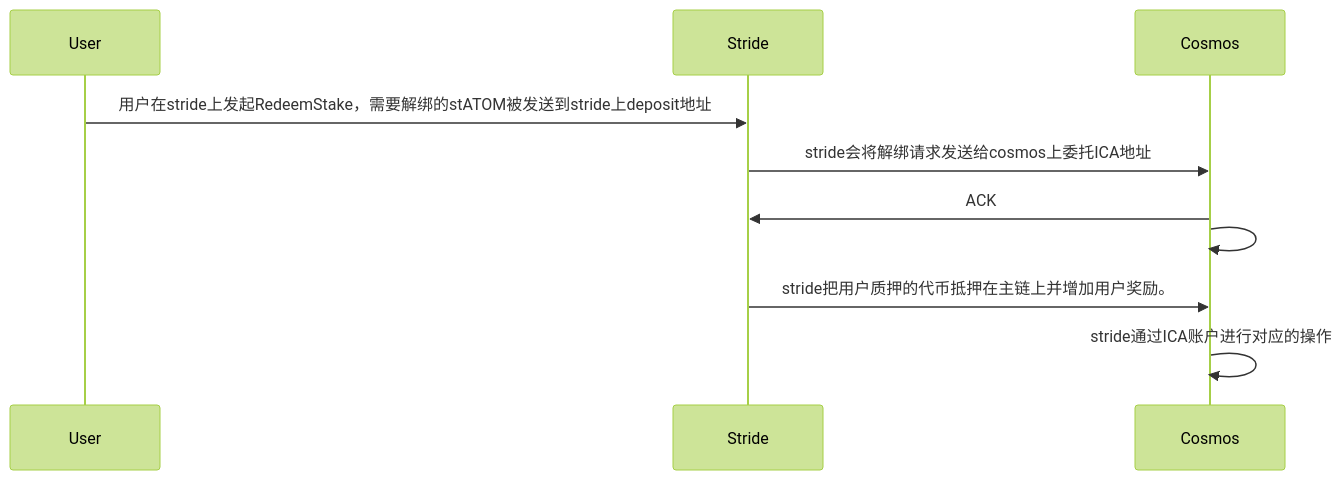
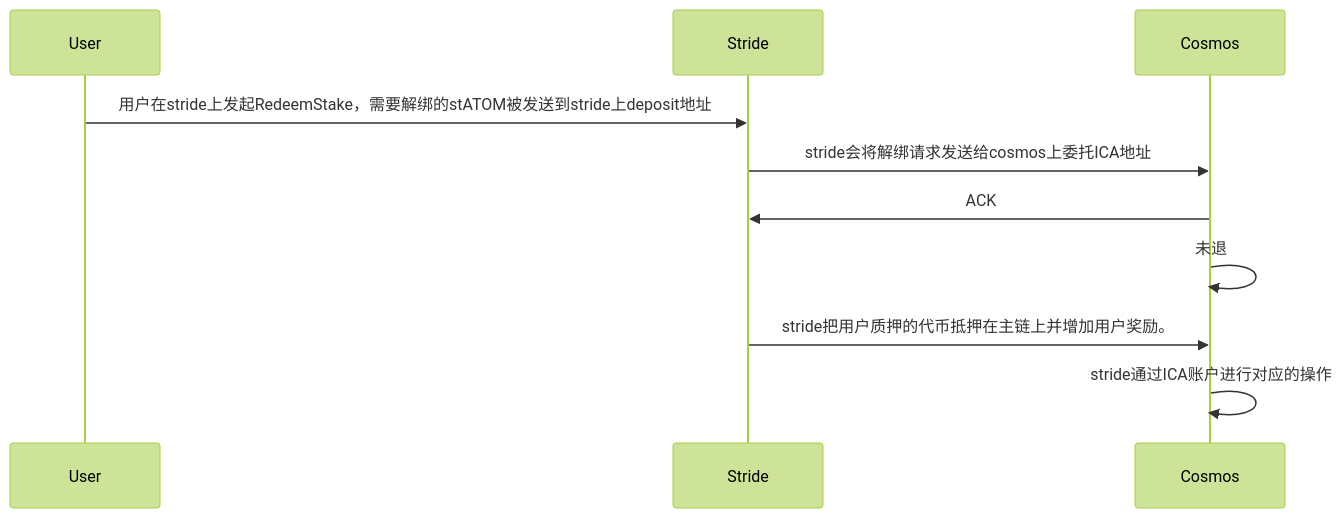
Before and after one commit to yingjianzh/iodraw-files: the diagram in all/unbonding.md, drawn with Mermaid (forest theme).

Commit message:
2024-03-28 15:13:52 update

````diff
--- a/all/unbonding.md
+++ b/all/unbonding.md
@@ -1,9 +1,9 @@
 ```mermaid
 sequenceDiagram
     User->>Stride: 用户在stride上发起RedeemStake，需要解绑的stATOM被发送到stride上deposit地址
     Stride->>Cosmos: stride会将解绑请求发送给cosmos上委托ICA地址
     Cosmos->>Stride: ACK
-    Cosmos->>Cosmos: 
+    Cosmos->>Cosmos: 未退
     Stride->>Cosmos: stride把用户质押的代币抵押在主链上并增加用户奖励。
     Cosmos->>Cosmos: stride通过ICA账户进行对应的操作
 ```
````
